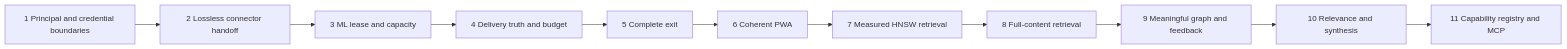
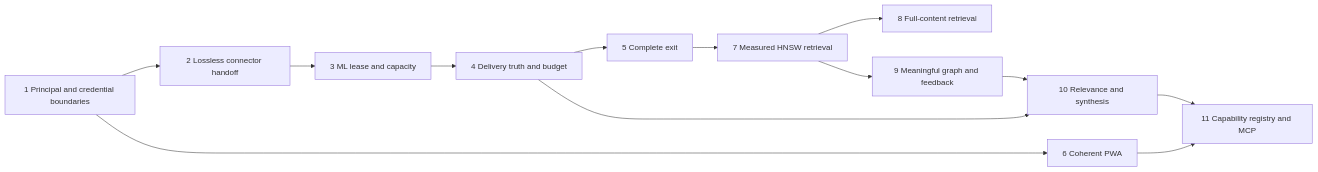
The diagram in docs/Product_Direction_2026-07-31.md (pkirsanov/smackerel), drawn with Mermaid before and after one commit. The commit also changed other lines of this file, not shown here.

````diff
--- a/docs/Product_Direction_2026-07-31.md
+++ b/docs/Product_Direction_2026-07-31.md
@@ -367,13 +372,15 @@
 ```mermaid
 graph LR
     S1["1 Principal and credential boundaries"] --> S2["2 Lossless connector handoff"]
     S2 --> S3["3 ML lease and capacity"]
     S3 --> S4["4 Delivery truth and budget"]
     S4 --> S5["5 Complete exit"]
-    S5 --> S6["6 Coherent PWA"]
-    S6 --> S7["7 Measured HNSW retrieval"]
+    S5 --> S7["7 Measured HNSW retrieval"]
     S7 --> S8["8 Full-content retrieval"]
-    S8 --> S9["9 Meaningful graph and feedback"]
-    S9 --> S10["10 Relevance and synthesis"]
+    S7 --> S9["9 Meaningful graph and feedback"]
+    S4 --> S10["10 Relevance and synthesis"]
+    S9 --> S10
+    S1 --> S6["6 Coherent PWA"]
     S10 --> S11["11 Capability registry and MCP"]
+    S6 --> S11
 ```
````
